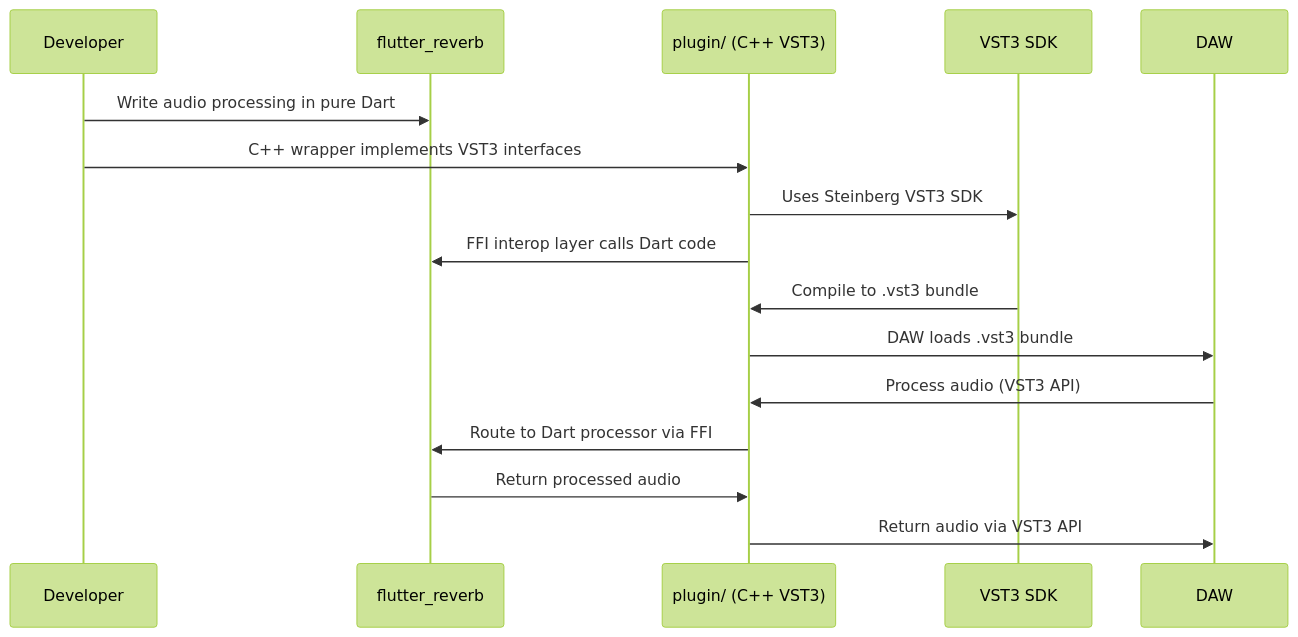
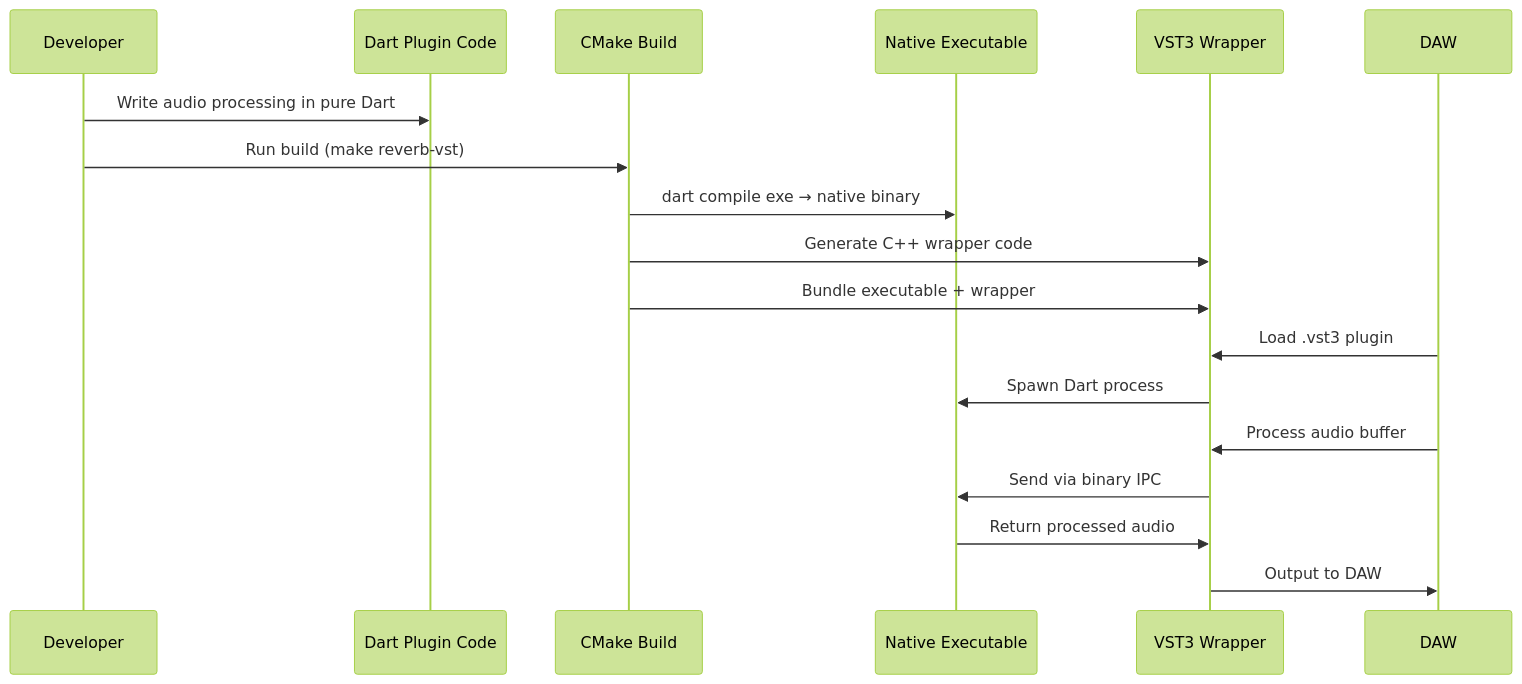
The third of 6 diagrams in README.md (MelbourneDeveloper/flutter_vst3), drawn with Mermaid (forest theme) before and after one commit. The commit also changed other lines of this file and 76 other files, not shown here.

````diff
--- a/README.md
+++ b/README.md
@@ -101,19 +135,21 @@
 ```mermaid
 sequenceDiagram
     participant Dev as Developer
-    participant FR as flutter_reverb
-    participant CPP as plugin/ (C++ VST3)
-    participant SDK as VST3 SDK
+    participant Dart as Dart Plugin Code
+    participant CMake as CMake Build
+    participant EXE as Native Executable
+    participant VST3 as VST3 Wrapper
     participant DAW as DAW
 
-    Dev->>FR: Write audio processing in pure Dart
-    Dev->>CPP: C++ wrapper implements VST3 interfaces
-    CPP->>SDK: Uses Steinberg VST3 SDK
-    CPP->>FR: FFI interop layer calls Dart code
-    SDK->>CPP: Compile to .vst3 bundle
-    CPP->>DAW: DAW loads .vst3 bundle
-    DAW->>CPP: Process audio (VST3 API)
-    CPP->>FR: Route to Dart processor via FFI
-    FR->>CPP: Return processed audio
-    CPP->>DAW: Return audio via VST3 API
+    Dev->>Dart: Write audio processing in pure Dart
+    Dev->>CMake: Run build (make reverb-vst)
+    CMake->>EXE: dart compile exe → native binary
+    CMake->>VST3: Generate C++ wrapper code
+    CMake->>VST3: Bundle executable + wrapper
+    DAW->>VST3: Load .vst3 plugin
+    VST3->>EXE: Spawn Dart process
+    DAW->>VST3: Process audio buffer
+    VST3->>EXE: Send via binary IPC
+    EXE->>VST3: Return processed audio
+    VST3->>DAW: Output to DAW
 ```
````
